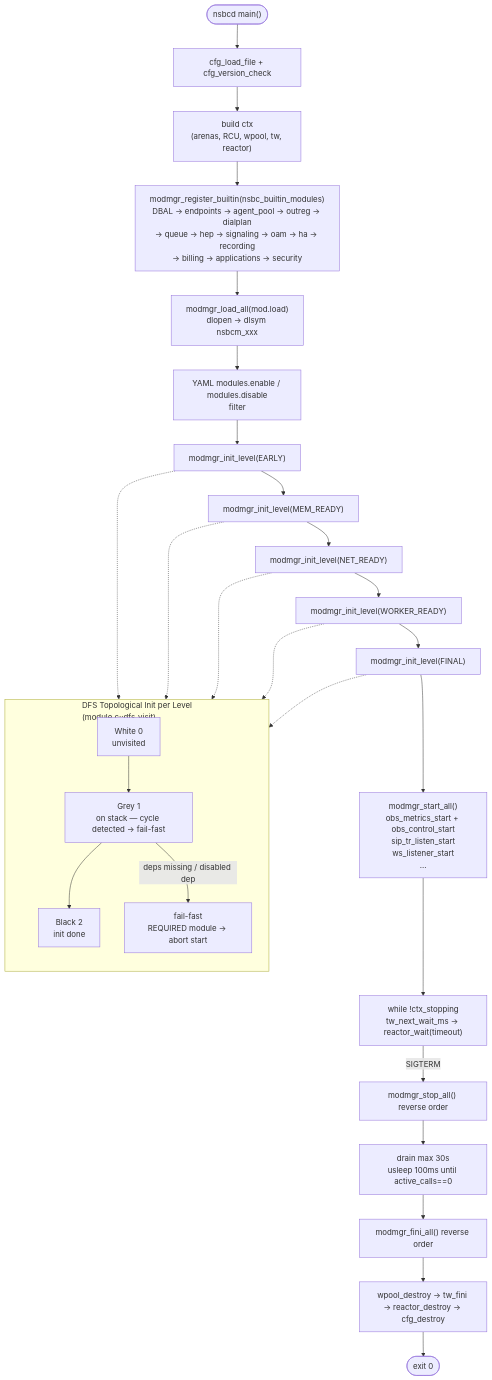
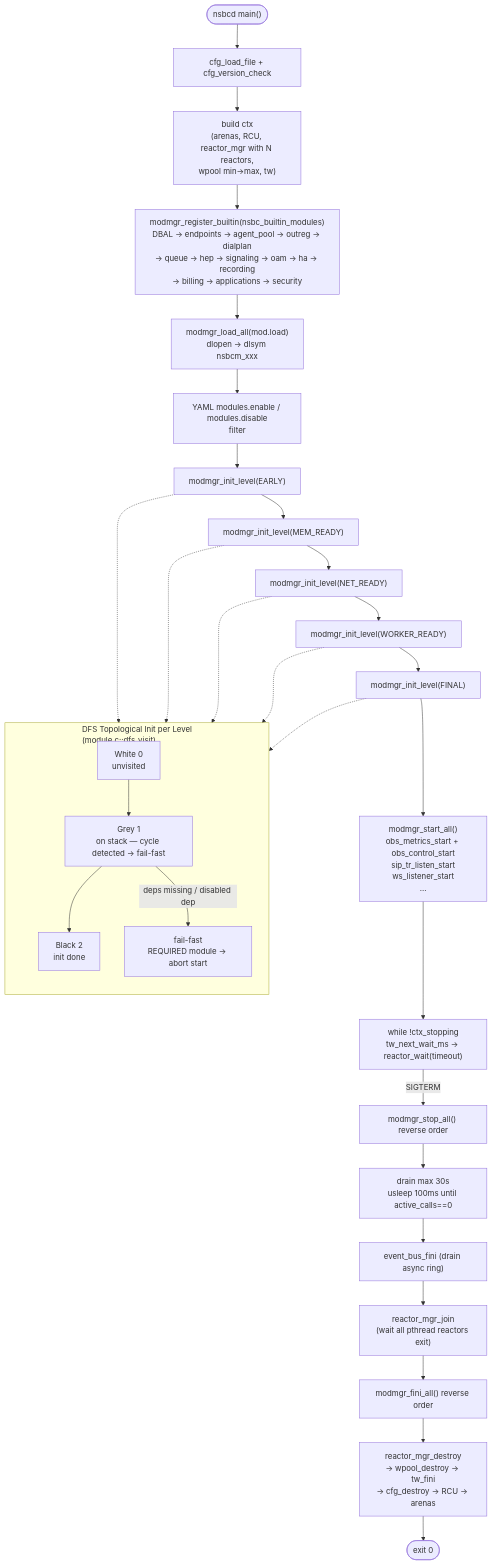
One commit to nwaycn/nsbc changed the fifth of 8 diagrams in docs/architecture.md. Above: the diagram before and after it, drawn with Mermaid. The commit also changed other lines of this file and 1103 other files, not shown here.

First line of the commit message:
feat: multi-reactor/multi-worker architecture, billing accounts sync, security hardening

````diff
--- a/docs/architecture.md
+++ b/docs/architecture.md
@@ -349,33 +361,35 @@
 ```mermaid
 flowchart TD
     Start(["nsbcd main()"]) --> LoadCfg[cfg_load_file + cfg_version_check]
-    LoadCfg --> BuildCtx["build ctx<br/>(arenas, RCU, wpool, tw, reactor)"]
+    LoadCfg --> BuildCtx["build ctx<br/>(arenas, RCU, reactor_mgr with N reactors,<br/>wpool min→max, tw)"]
     BuildCtx --> RegBuiltin["modmgr_register_builtin(nsbc_builtin_modules)<br/>DBAL → endpoints → agent_pool → outreg → dialplan<br/>→ queue → hep → signaling → oam → ha → recording<br/>→ billing → applications → security"]
     RegBuiltin --> LoadDynamic["modmgr_load_all(mod.load)<br/>dlopen → dlsym nsbcm_xxx"]
     LoadDynamic --> DisableYAML["YAML modules.enable / modules.disable<br/>filter"]
     DisableYAML --> L0["modmgr_init_level(EARLY)"]
     L0 --> L1["modmgr_init_level(MEM_READY)"]
     L1 --> L2["modmgr_init_level(NET_READY)"]
     L2 --> L3["modmgr_init_level(WORKER_READY)"]
     L3 --> L4["modmgr_init_level(FINAL)"]
     L4 --> StartAll["modmgr_start_all()<br/>obs_metrics_start + obs_control_start<br/>sip_tr_listen_start<br/>ws_listener_start<br/>..."]
     StartAll --> ReactorLoop["while !ctx_stopping<br/>tw_next_wait_ms → reactor_wait(timeout)"]
     ReactorLoop -->|SIGTERM| StopAll["modmgr_stop_all() reverse order"]
     StopAll --> Drain["drain max 30s<br/>usleep 100ms until active_calls==0"]
-    Drain --> FiniAll["modmgr_fini_all() reverse order"]
-    FiniAll --> Cleanup["wpool_destroy → tw_fini → reactor_destroy → cfg_destroy"]
+    Drain --> EventBusFini["event_bus_fini (drain async ring)"]
+    EventBusFini --> ReactorJoin["reactor_mgr_join<br/>(wait all pthread reactors exit)"]
+    ReactorJoin --> FiniAll["modmgr_fini_all() reverse order"]
+    FiniAll --> Cleanup["reactor_mgr_destroy<br/>→ wpool_destroy → tw_fini<br/>→ cfg_destroy → RCU → arenas"]
     Cleanup --> Exit(["exit 0"])
 
     subgraph DFS["DFS Topological Init per Level<br/>(module.c::dfs_visit)"]
         direction TB
         A[White 0<br/>unvisited] --> B[Grey 1<br/>on stack — cycle detected → fail-fast]
         B --> C[Black 2<br/>init done]
         B -->|deps missing / disabled dep| FAIL[fail-fast<br/>REQUIRED module → abort start]
     end
 
     L0 -.-> DFS
     L1 -.-> DFS
     L2 -.-> DFS
     L3 -.-> DFS
     L4 -.-> DFS
 ```
````
